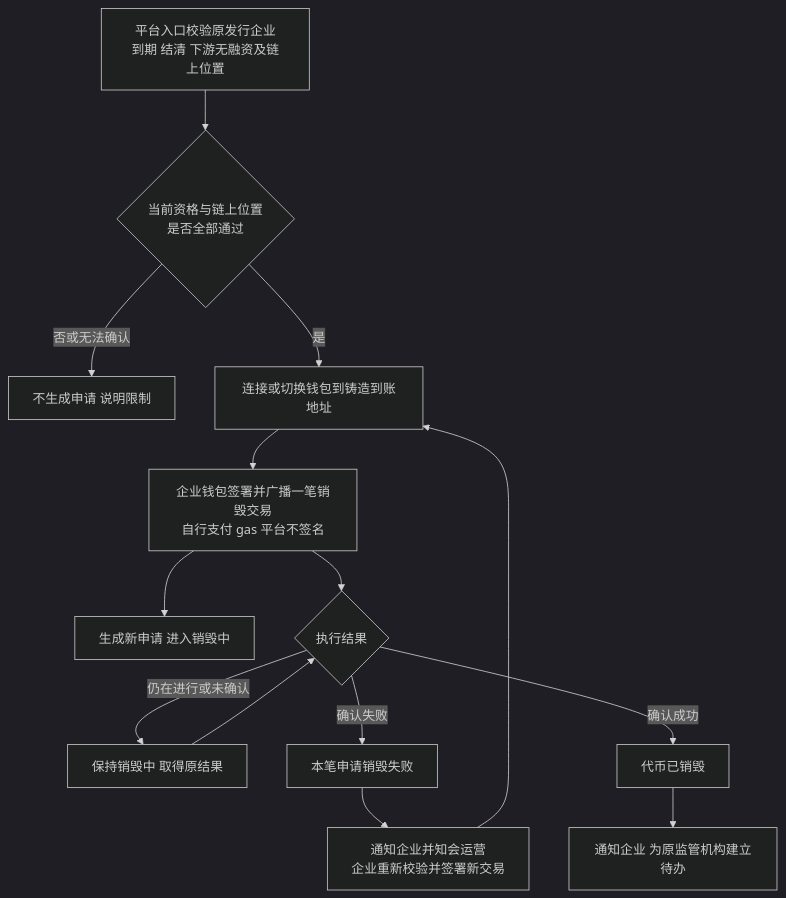
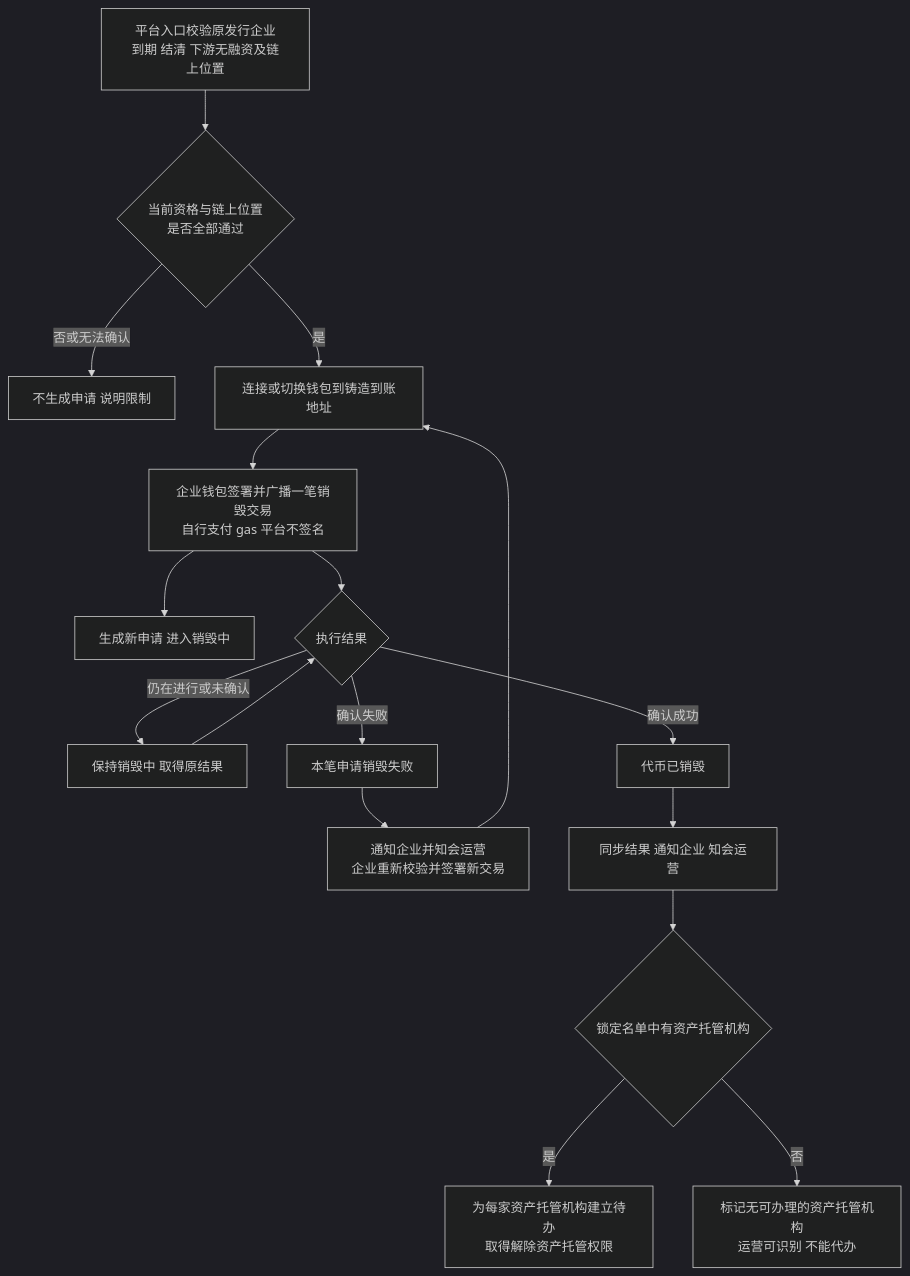
Before and after one commit to wxblockchain/Chain-Financing: the first of 5 diagrams in token-issuance-platform/PRD/管理端/M4b-销毁审核与解除质押/02-销毁审核与解除质押-流程图与状态机.md, drawn with Mermaid (dark theme). The commit also changed other lines of this file and 10 other files, not shown here.

````diff
--- a/token-issuance-platform/PRD/管理端/M4b-销毁审核与解除质押/02-销毁审核与解除质押-流程图与状态机.md
+++ b/token-issuance-platform/PRD/管理端/M4b-销毁审核与解除质押/02-销毁审核与解除质押-流程图与状态机.md
@@ -18,16 +18,19 @@
 ```mermaid
 flowchart TD
     A[平台入口校验原发行企业<br/>到期 结清 下游无融资及链上位置] --> B{当前资格与链上位置<br/>是否全部通过}
     B -->|否或无法确认| C[不生成申请 说明限制]
     B -->|是| D[连接或切换钱包到铸造到账地址]
     D --> F[企业钱包签署并广播一笔销毁交易<br/>自行支付 gas 平台不签名]
     F --> X[生成新申请 进入销毁中]
     F --> G{执行结果}
     G -->|仍在进行或未确认| H[保持销毁中 取得原结果]
     H --> G
     G -->|确认失败| I[本笔申请销毁失败]
     I --> J[通知企业并知会运营<br/>企业重新校验并签署新交易]
     J --> D
     G -->|确认成功| K[代币已销毁]
-    K --> L[通知企业 为原监管机构建立待办]
+    K --> L[同步结果 通知企业 知会运营]
+    L --> N{锁定名单中有资产托管机构}
+    N -->|是| O[为每家资产托管机构建立待办<br/>取得解除资产托管权限]
+    N -->|否| Q[标记无可办理的资产托管机构<br/>运营可识别 不能代办]
 ```
````
